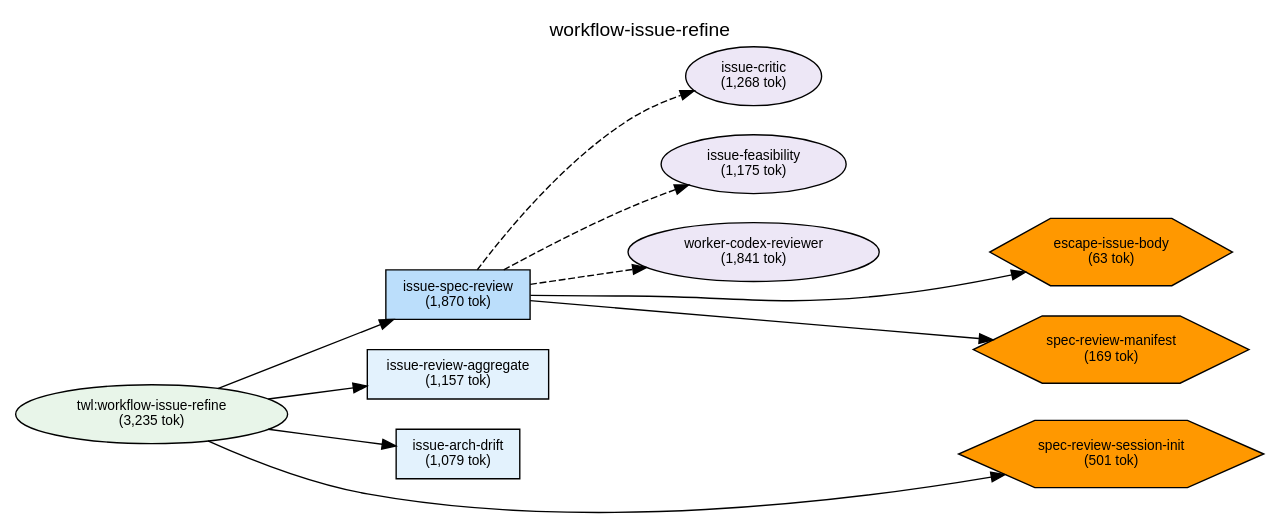
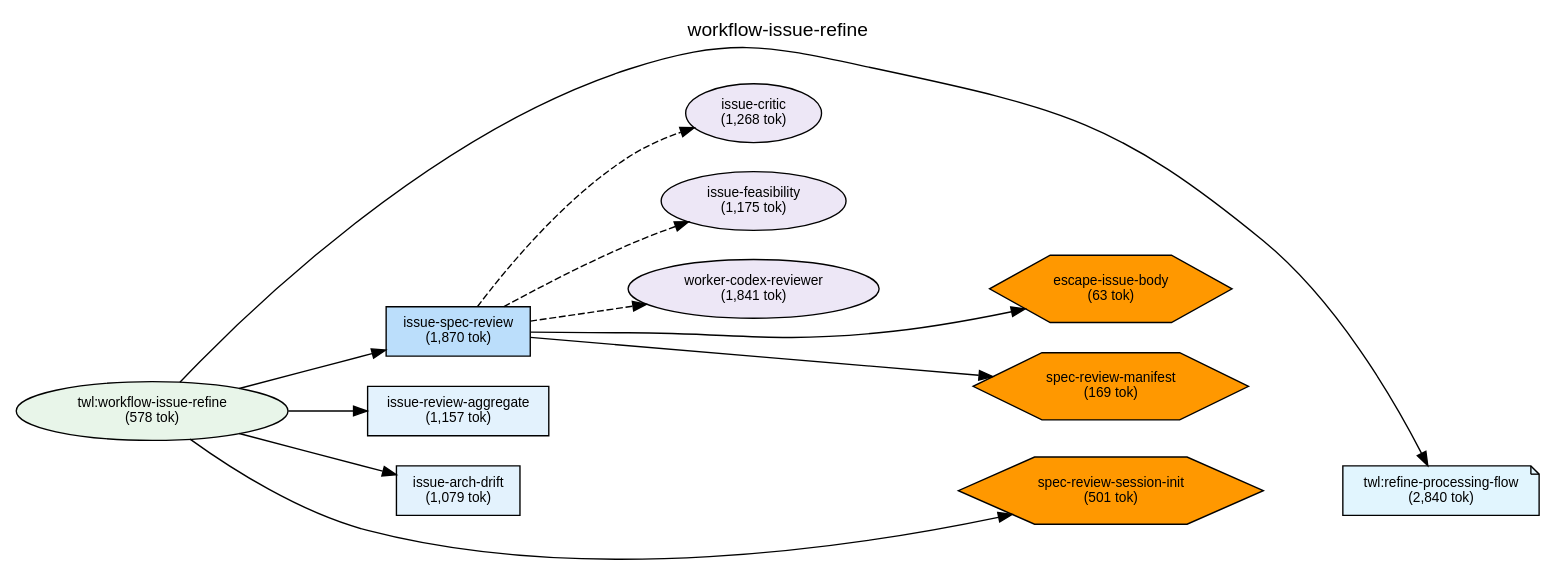
Before and after one commit to shuu5/twill: the diagram in plugins/twl/docs/deps-workflow-issue-refine.dot, drawn with Graphviz. The commit also changed 39 other files, not shown here.

```diff
--- a/plugins/twl/docs/deps-workflow-issue-refine.dot
+++ b/plugins/twl/docs/deps-workflow-issue-refine.dot
@@ -1,69 +1,73 @@
 digraph Dependencies {
     // Graph settings
     rankdir=LR;
     ranksep=0.8;
     nodesep=0.3;
     fontname="Helvetica";
     node [fontname="Helvetica", fontsize=10];
     edge [fontname="Helvetica", fontsize=9];
     label="workflow-issue-refine";
     labelloc=t;
     fontsize=14;
 
     // L0: Controller Skills
 
     // L0: Launchers
 
     // L0.5: Workflow Skills
-    skill_workflow_issue_refine [label="twl:workflow-issue-refine\n(3,235 tok)", shape=ellipse, style=filled, fillcolor="#e8f5e9"];
+    skill_workflow_issue_refine [label="twl:workflow-issue-refine\n(578 tok)", shape=ellipse, style=filled, fillcolor="#e8f5e9"];
 
     // Reference Skills
+    skill_refine_processing_flow [label="twl:refine-processing-flow\n(2,840 tok)", shape=note, style=filled, fillcolor="#e1f5fe"];
 
     // L1: Direct Commands
     cmd_issue_spec_review [label="issue-spec-review\n(1,870 tok)", shape=box, style=filled, fillcolor="#bbdefb"];
     cmd_issue_review_aggregate [label="issue-review-aggregate\n(1,157 tok)", shape=box, style=filled, fillcolor="#e3f2fd"];
     cmd_issue_arch_drift [label="issue-arch-drift\n(1,079 tok)", shape=box, style=filled, fillcolor="#e3f2fd"];
 
     // L2: Sub Commands
 
     // L3: Agents
     agent_issue_critic [label="issue-critic\n(1,268 tok)", shape=ellipse, style=filled, fillcolor="#ede7f6"];
     agent_issue_feasibility [label="issue-feasibility\n(1,175 tok)", shape=ellipse, style=filled, fillcolor="#ede7f6"];
     agent_worker_codex_reviewer [label="worker-codex-reviewer\n(1,841 tok)", shape=ellipse, style=filled, fillcolor="#ede7f6"];
 
     // L3.5: Scripts
     script_escape_issue_body [label="escape-issue-body\n(63 tok)", shape=hexagon, style=filled, fillcolor="#FF9800"];
     script_spec_review_manifest [label="spec-review-manifest\n(169 tok)", shape=hexagon, style=filled, fillcolor="#FF9800"];
     script_spec_review_session_init [label="spec-review-session-init\n(501 tok)", shape=hexagon, style=filled, fillcolor="#FF9800"];
 
     // L4: External
 
     // Layer constraints
     { rank=same; skill_workflow_issue_refine; }
+    { rank=same; skill_refine_processing_flow; }
     { rank=same; cmd_issue_spec_review; cmd_issue_review_aggregate; cmd_issue_arch_drift; }
     { rank=same; agent_issue_critic; agent_issue_feasibility; agent_worker_codex_reviewer; }
     { rank=same; script_escape_issue_body; script_spec_review_manifest; script_spec_review_session_init; }
 
     // Edges
     skill_workflow_issue_refine -> cmd_issue_spec_review;
     skill_workflow_issue_refine -> cmd_issue_review_aggregate;
     skill_workflow_issue_refine -> cmd_issue_arch_drift;
     skill_workflow_issue_refine -> script_spec_review_session_init;
+    skill_workflow_issue_refine -> skill_refine_processing_flow;
     cmd_issue_spec_review -> agent_issue_critic [style=dashed];
     cmd_issue_spec_review -> agent_issue_feasibility [style=dashed];
     cmd_issue_spec_review -> agent_worker_codex_reviewer [style=dashed];
     cmd_issue_spec_review -> script_escape_issue_body;
     cmd_issue_spec_review -> script_spec_review_manifest;
 
     // Ordering constraints (invisible edges)
     cmd_issue_spec_review -> cmd_issue_review_aggregate [style=invis, weight=10];
     cmd_issue_review_aggregate -> cmd_issue_arch_drift [style=invis, weight=10];
     cmd_issue_spec_review -> cmd_issue_review_aggregate [style=invis, weight=10];
     cmd_issue_review_aggregate -> cmd_issue_arch_drift [style=invis, weight=10];
     cmd_issue_arch_drift -> script_spec_review_session_init [style=invis, weight=10];
+    script_spec_review_session_init -> skill_refine_processing_flow [style=invis, weight=10];
     agent_issue_critic -> agent_issue_feasibility [style=invis, weight=10];
     agent_issue_feasibility -> agent_worker_codex_reviewer [style=invis, weight=10];
     agent_worker_codex_reviewer -> script_escape_issue_body [style=invis, weight=10];
     script_escape_issue_body -> script_spec_review_manifest [style=invis, weight=10];
 
 }
```
